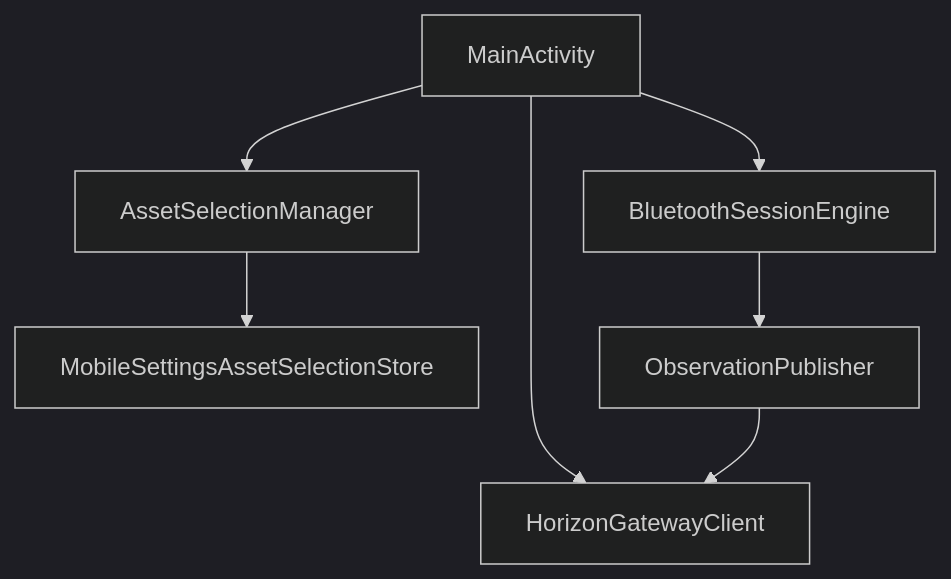
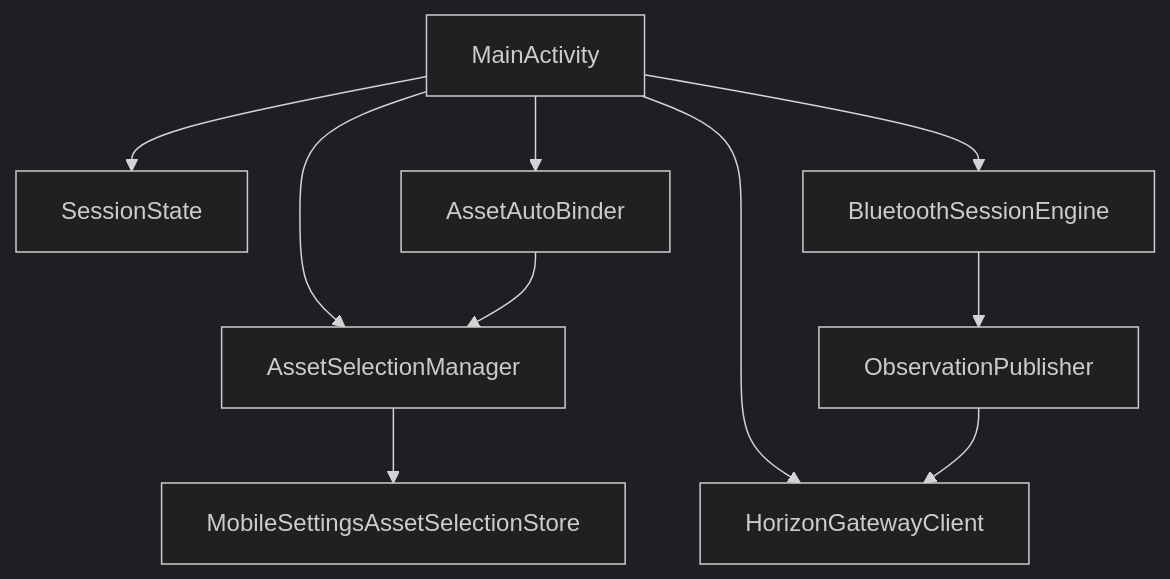
The diagram in engineering/capability-013/REVIEW.md (jdrpires/Horizon), drawn with Mermaid (dark theme) before and after one commit. The commit also changed other lines of this file and 12 other files, not shown here.

````diff
--- a/engineering/capability-013/REVIEW.md
+++ b/engineering/capability-013/REVIEW.md
@@ -18,16 +18,21 @@
 ```mermaid
 flowchart TD
     UI["MainActivity"]
+    State["SessionState"]
     Selection["AssetSelectionManager"]
+    Binder["AssetAutoBinder"]
     Store["MobileSettingsAssetSelectionStore"]
     Gateway["HorizonGatewayClient"]
     Session["BluetoothSessionEngine"]
     Publisher["ObservationPublisher"]
 
+    UI --> State
     UI --> Selection
+    UI --> Binder
+    Binder --> Selection
     Selection --> Store
     UI --> Gateway
     UI --> Session
     Session --> Publisher
     Publisher --> Gateway
 ```
````
